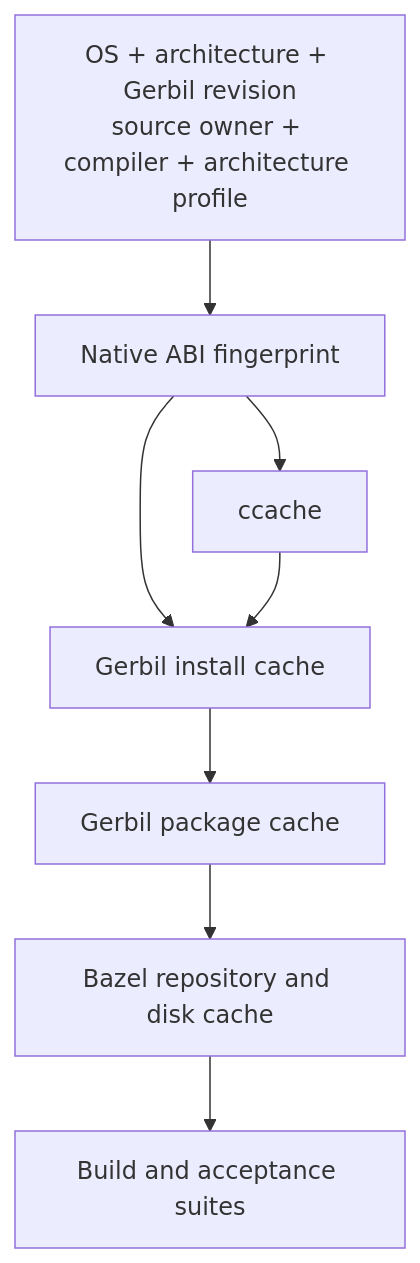
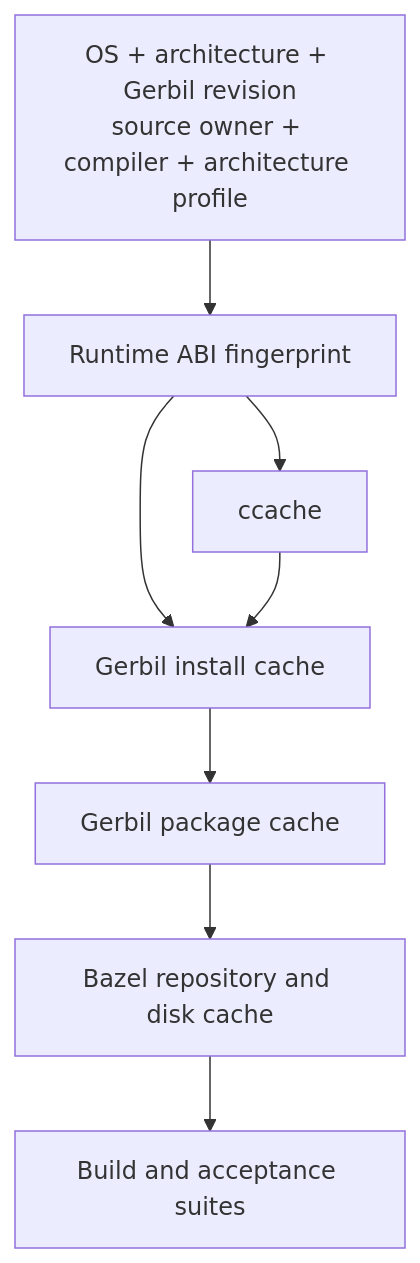
The second of 3 diagrams in module-system/design/148-ci-capability-cache-invariants.org (tao3k/gebril-yuanxu), drawn with Mermaid before and after one commit. The commit also changed other lines of this file and 1469 other files, not shown here.

```diff
--- a/module-system/design/148-ci-capability-cache-invariants.org
+++ b/module-system/design/148-ci-capability-cache-invariants.org
@@ -116,18 +116,18 @@
 #+begin_src mermaid
 flowchart TD
   Inputs["OS + architecture + Gerbil revision<br/>source owner + compiler + architecture profile"]
-  ABI["Native ABI fingerprint"]
+  ABI["Runtime ABI fingerprint"]
   Bootstrap["Gerbil install cache"]
   CompilerCache["ccache"]
   Packages["Gerbil package cache"]
   Bazel["Bazel repository and disk cache"]
   Acceptance["Build and acceptance suites"]
 
   Inputs --> ABI
   ABI --> Bootstrap
   ABI --> CompilerCache
   Bootstrap --> Packages
   CompilerCache --> Bootstrap
   Packages --> Bazel
   Bazel --> Acceptance
 #+end_src
```
